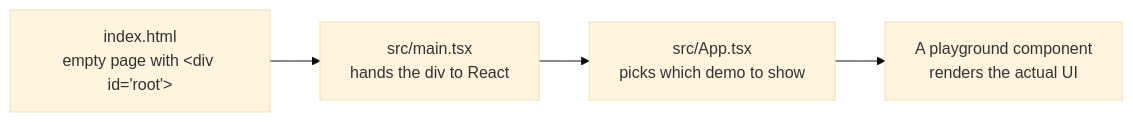
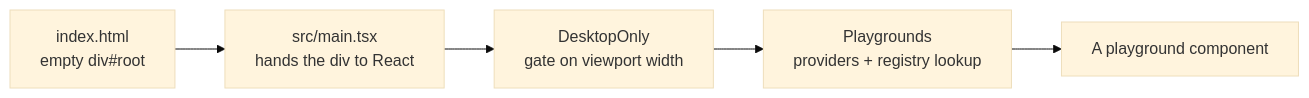
One commit to femola-dev/InteractComponents changed the first of 2 diagrams in HOW-IT-WORKS.md. Above: the diagram before and after it, drawn with Mermaid (base theme). The commit also changed other lines of this file and 2 other files, not shown here.

````diff
--- a/HOW-IT-WORKS.md
+++ b/HOW-IT-WORKS.md
@@ -178,6 +156,7 @@
 ```mermaid
 flowchart LR
-  A["index.html<br/>empty page with &lt;div id='root'&gt;"] --> B["src/main.tsx<br/>hands the div to React"]
-  B --> C["src/App.tsx<br/>picks which demo to show"]
-  C --> D["A playground component<br/>renders the actual UI"]
+  A["index.html<br/>empty div#root"] --> B["src/main.tsx<br/>hands the div to React"]
+  B --> C["DesktopOnly<br/>gate on viewport width"]
+  C --> D["Playgrounds<br/>providers + registry lookup"]
+  D --> E["A playground component"]
 ```
````
